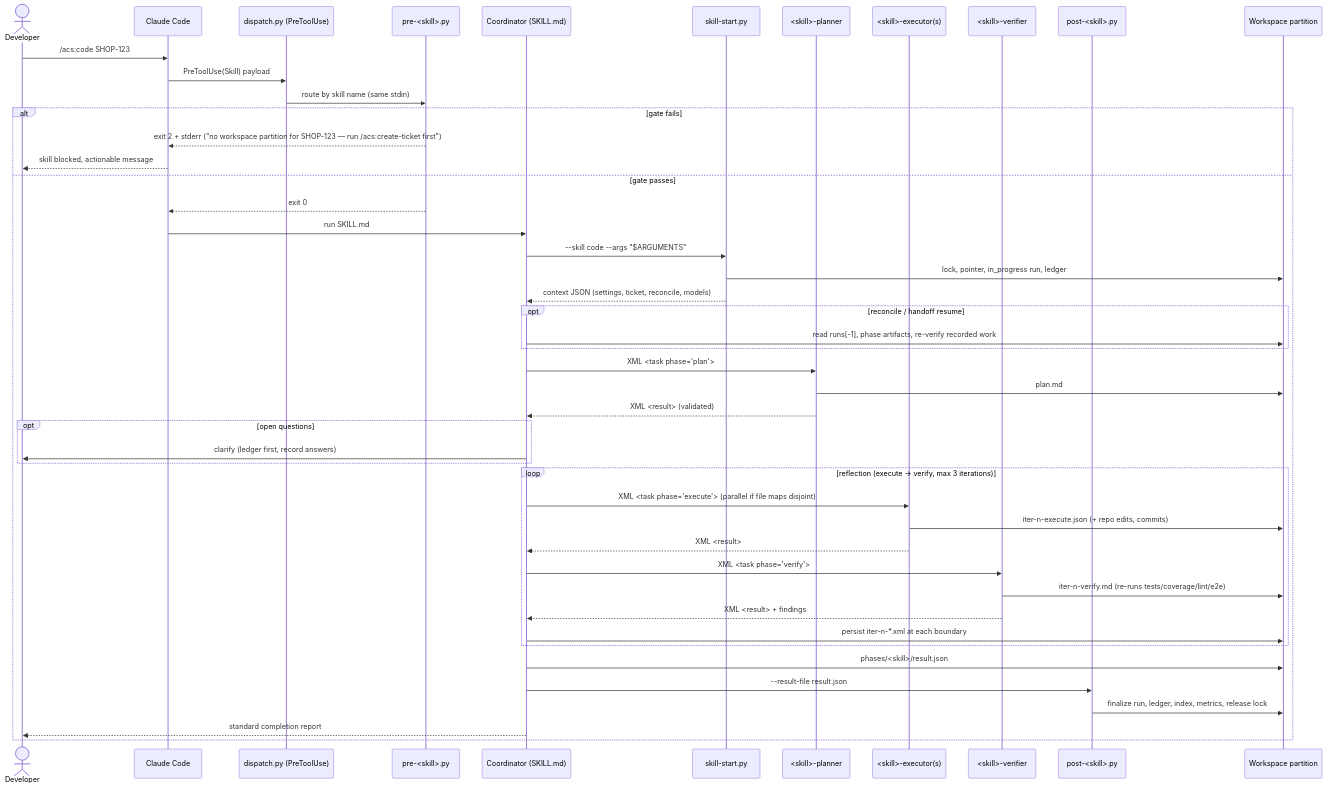
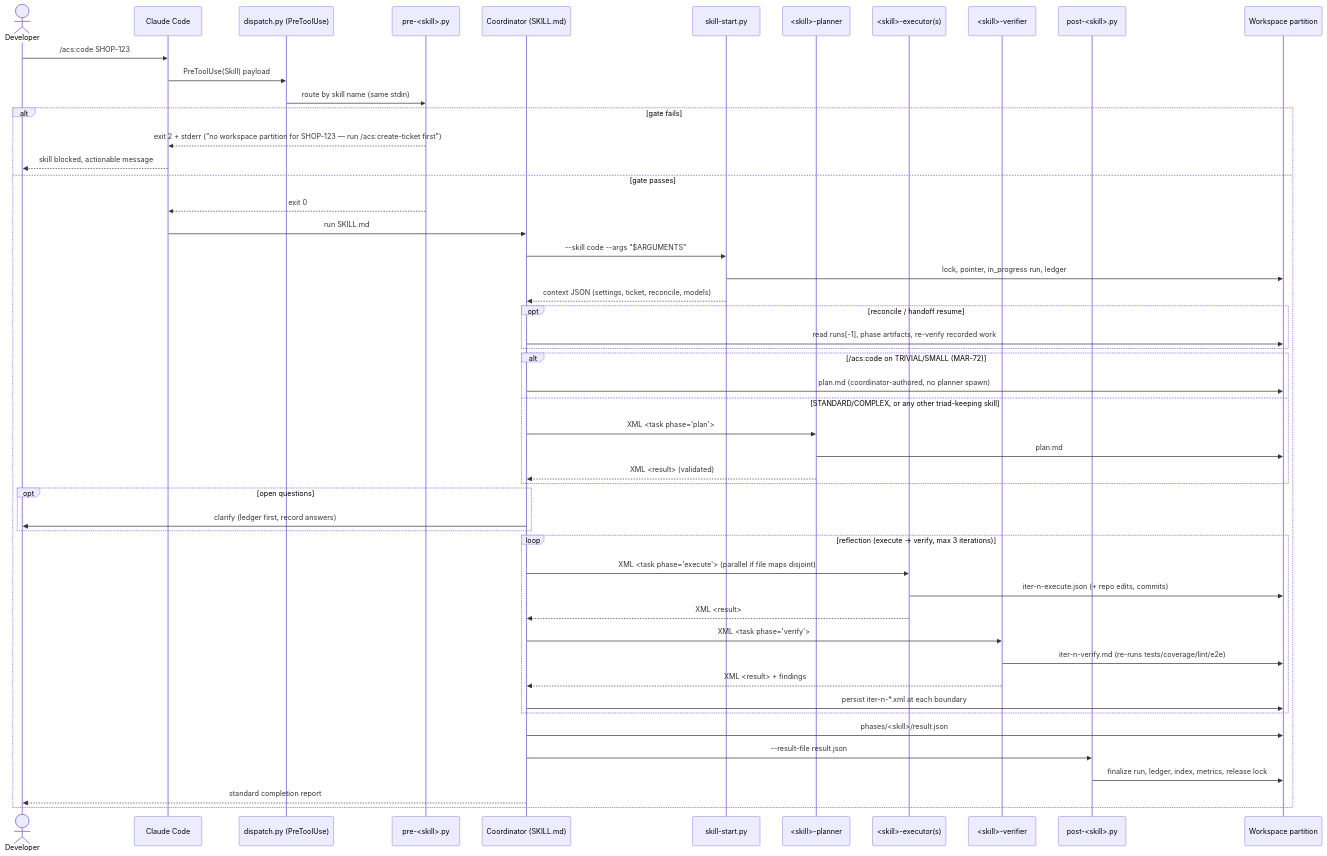
Before and after one commit to globalmindsolution/gms-marketplace: the diagram in docs/architecture/lld/flows/hook-gated-skill-run.md, drawn with Mermaid. The commit also changed other lines of this file and 26 other files, not shown here.

Commit message:
[#357] Lane-conditional planning: no-planner stub on TRIVIAL/SMALL (slice 2, D2) (#370)

````diff
--- a/docs/architecture/lld/flows/hook-gated-skill-run.md
+++ b/docs/architecture/lld/flows/hook-gated-skill-run.md
@@ -26,50 +29,54 @@
 ```mermaid
 sequenceDiagram
     actor Dev as Developer
     participant CC as Claude Code
     participant D as dispatch.py (PreToolUse)
     participant PRE as pre-<skill>.py
     participant CO as Coordinator (SKILL.md)
     participant SS as skill-start.py
     participant PL as <skill>-planner
     participant EX as <skill>-executor(s)
     participant VF as <skill>-verifier
     participant POST as post-<skill>.py
     participant WS as Workspace partition
 
     Dev->>CC: /acs:code SHOP-123
     CC->>D: PreToolUse(Skill) payload
     D->>PRE: route by skill name (same stdin)
     alt gate fails
         PRE-->>CC: exit 2 + stderr ("no workspace partition for SHOP-123 — run /acs:create-ticket first")
         CC-->>Dev: skill blocked, actionable message
     else gate passes
         PRE-->>CC: exit 0
         CC->>CO: run SKILL.md
         CO->>SS: --skill code --args "$ARGUMENTS"
         SS->>WS: lock, pointer, in_progress run, ledger
         SS-->>CO: context JSON (settings, ticket, reconcile, models)
         opt reconcile / handoff resume
             CO->>WS: read runs[-1], phase artifacts, re-verify recorded work
         end
-        CO->>PL: XML <task phase="plan">
-        PL->>WS: plan.md
-        PL-->>CO: XML <result> (validated)
+        alt /acs:code on TRIVIAL/SMALL (MAR-72)
+            CO->>WS: plan.md (coordinator-authored, no planner spawn)
+        else STANDARD/COMPLEX, or any other triad-keeping skill
+            CO->>PL: XML <task phase="plan">
+            PL->>WS: plan.md
+            PL-->>CO: XML <result> (validated)
+        end
         opt open questions
             CO->>Dev: clarify (ledger first, record answers)
         end
         loop reflection (execute → verify, max 3 iterations)
             CO->>EX: XML <task phase="execute"> (parallel if file maps disjoint)
             EX->>WS: iter-n-execute.json (+ repo edits, commits)
             EX-->>CO: XML <result>
             CO->>VF: XML <task phase="verify">
             VF->>WS: iter-n-verify.md (re-runs tests/coverage/lint/e2e)
             VF-->>CO: XML <result> + findings
             CO->>WS: persist iter-n-*.xml at each boundary
         end
         CO->>WS: phases/<skill>/result.json
         CO->>POST: --result-file result.json
         POST->>WS: finalize run, ledger, index, metrics, release lock
         CO-->>Dev: standard completion report
     end
 ```
````
